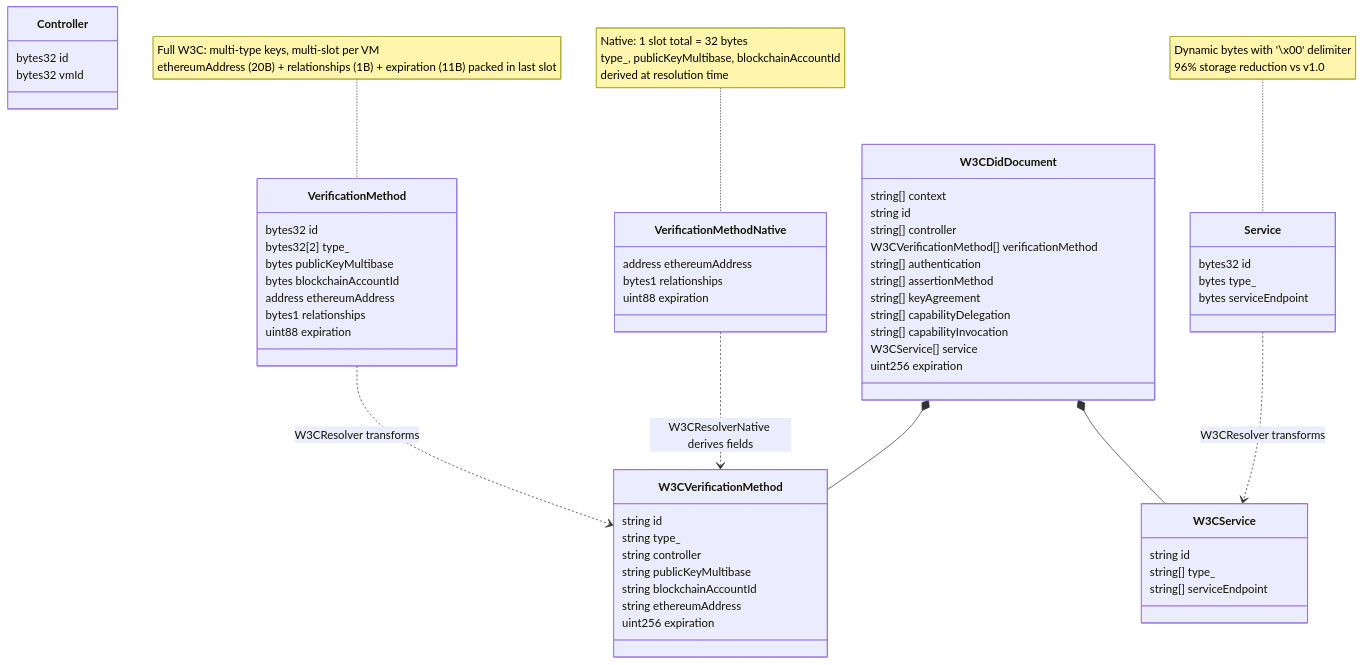
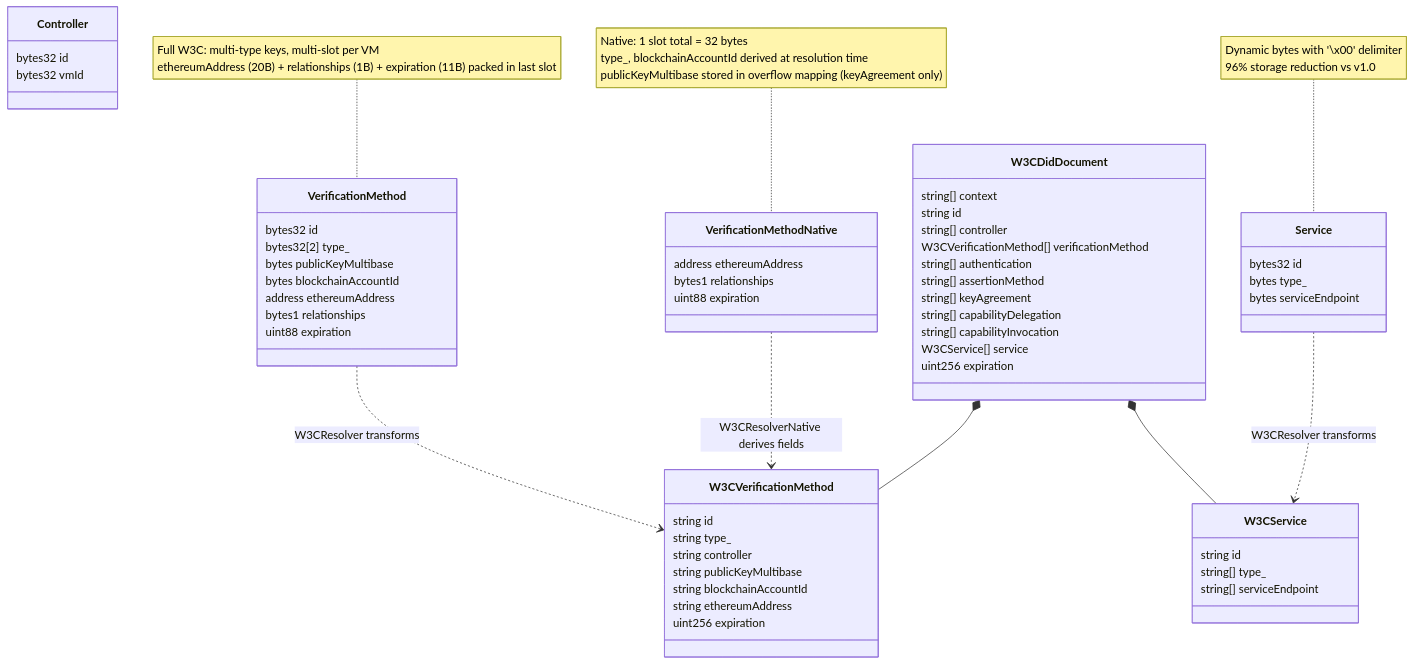
Before and after one commit to MiguelLZPF/SSIoBC-did: the sixth of 10 diagrams in PROJECT.md, drawn with Mermaid. The commit also changed other lines of this file and 5 other files, not shown here.

First line of the commit message:
docs: update project docs for v1.2 publicKeyMultibase support

````diff
--- a/PROJECT.md
+++ b/PROJECT.md
@@ -471,75 +475,75 @@
 ```mermaid
 classDiagram
     class VerificationMethod {
         bytes32 id
         bytes32[2] type_
         bytes publicKeyMultibase
         bytes blockchainAccountId
         address ethereumAddress
         bytes1 relationships
         uint88 expiration
     }
 
     class Service {
         bytes32 id
         bytes type_
         bytes serviceEndpoint
     }
 
     class Controller {
         bytes32 id
         bytes32 vmId
     }
 
     class W3CDidDocument {
         string[] context
         string id
         string[] controller
         W3CVerificationMethod[] verificationMethod
         string[] authentication
         string[] assertionMethod
         string[] keyAgreement
         string[] capabilityDelegation
         string[] capabilityInvocation
         W3CService[] service
         uint256 expiration
     }
 
     class W3CVerificationMethod {
         string id
         string type_
         string controller
         string publicKeyMultibase
         string blockchainAccountId
         string ethereumAddress
         uint256 expiration
     }
 
     class W3CService {
         string id
         string[] type_
         string[] serviceEndpoint
     }
 
     class VerificationMethodNative {
         address ethereumAddress
         bytes1 relationships
         uint88 expiration
     }
 
     VerificationMethod ..> W3CVerificationMethod : W3CResolver transforms
     VerificationMethodNative ..> W3CVerificationMethod : W3CResolverNative derives fields
     Service ..> W3CService : W3CResolver transforms
     W3CDidDocument *-- W3CVerificationMethod
     W3CDidDocument *-- W3CService
 
     note for VerificationMethod "Full W3C: multi-type keys, multi-slot per VM
     ethereumAddress (20B) + relationships (1B) + expiration (11B) packed in last slot"
 
     note for VerificationMethodNative "Native: 1 slot total = 32 bytes
-    type_, publicKeyMultibase, blockchainAccountId
-    derived at resolution time"
+    type_, blockchainAccountId derived at resolution time
+    publicKeyMultibase stored in overflow mapping (keyAgreement only)"
 
     note for Service "Dynamic bytes with '\\x00' delimiter
     96% storage reduction vs v1.0"
 ```
````
